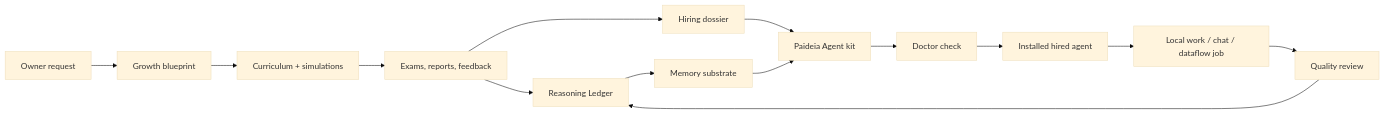
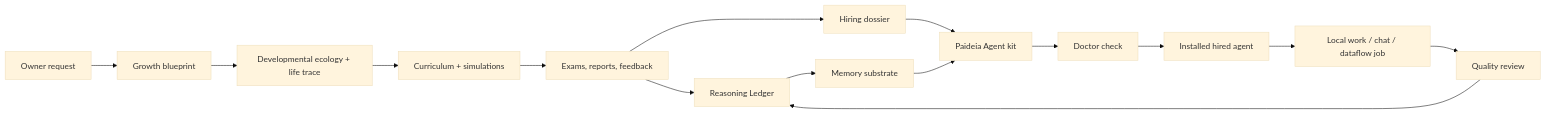
Before and after one commit to sinmb79/Paideia-Agent: the diagram in README.md, drawn with Mermaid (base theme). The commit also changed other lines of this file and 14 other files, not shown here.

Commit message:
Add developmental ecology life trace pipeline

````diff
--- a/README.md
+++ b/README.md
@@ -62,16 +63,17 @@
 ```mermaid
 flowchart LR
     Owner["Owner request"] --> Blueprint["Growth blueprint"]
-    Blueprint --> Curriculum["Curriculum + simulations"]
+    Blueprint --> Ecology["Developmental ecology + life trace"]
+    Ecology --> Curriculum["Curriculum + simulations"]
     Curriculum --> Assessment["Exams, reports, feedback"]
     Assessment --> Kibo["Reasoning Ledger"]
     Assessment --> Dossier["Hiring dossier"]
     Kibo --> Memory["Memory substrate"]
     Dossier --> Kit["Paideia Agent kit"]
     Memory --> Kit
     Kit --> Doctor["Doctor check"]
     Doctor --> Agent["Installed hired agent"]
     Agent --> Work["Local work / chat / dataflow job"]
     Work --> Review["Quality review"]
     Review --> Kibo
 ```
````
